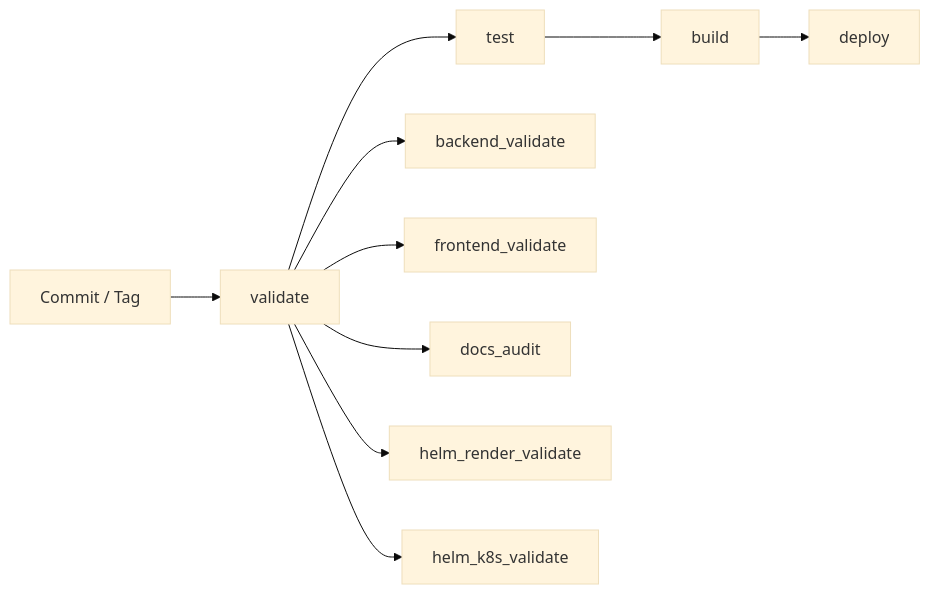
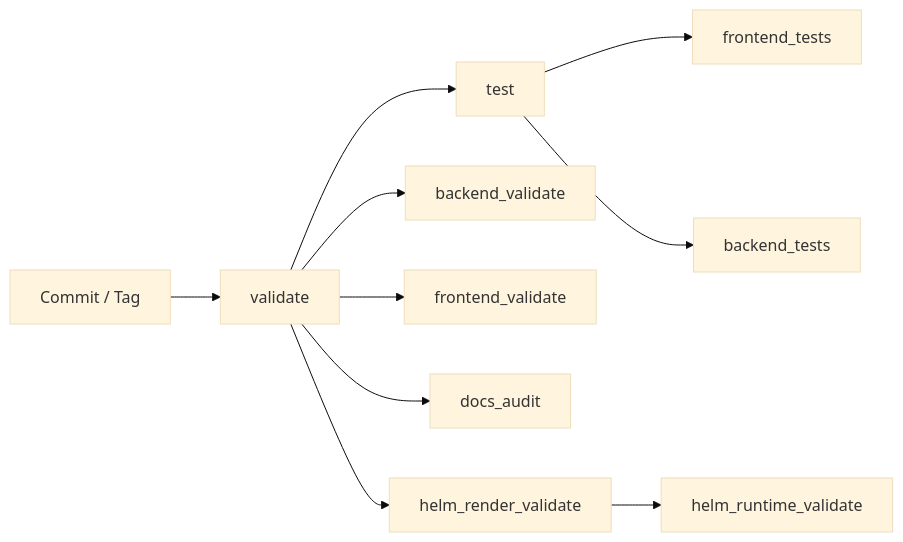
One commit to xsugra/cistafirma.sk changed the diagram in docs/DEVOPS_CICD.md. Above: the diagram before and after it, drawn with Mermaid (base theme). The commit also changed other lines of this file and 4 other files, not shown here.

````diff
--- a/docs/DEVOPS_CICD.md
+++ b/docs/DEVOPS_CICD.md
@@ -44,13 +61,13 @@
 ```mermaid
 flowchart LR
     A[Commit / Tag] --> B[validate]
     B --> C[test]
-    C --> D[build]
-    D --> E[deploy]
 
     B --> B1[backend_validate]
     B --> B2[frontend_validate]
     B --> B3[docs_audit]
     B --> B4[helm_render_validate]
-    B --> B5[helm_k8s_validate]
+    B4 --> B5[helm_runtime_validate]
+    C --> C1[frontend_tests]
+    C --> C2[backend_tests]
 ```
````
